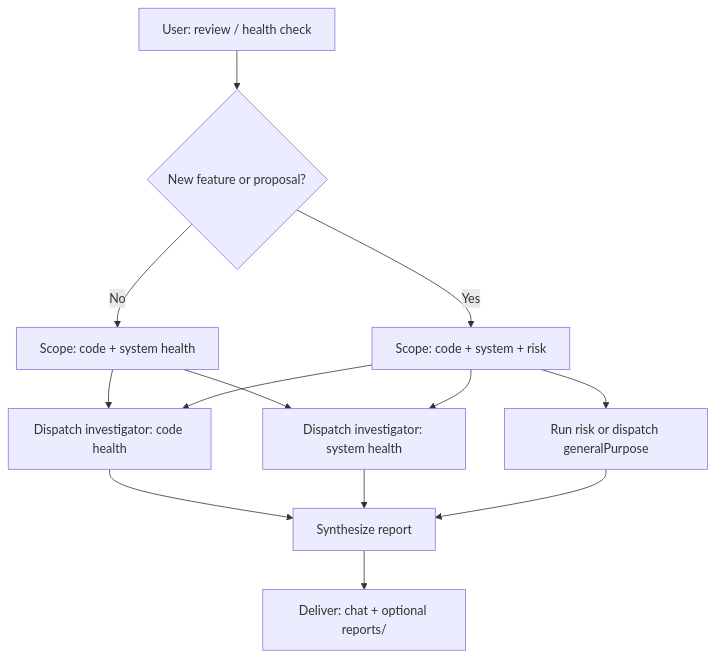
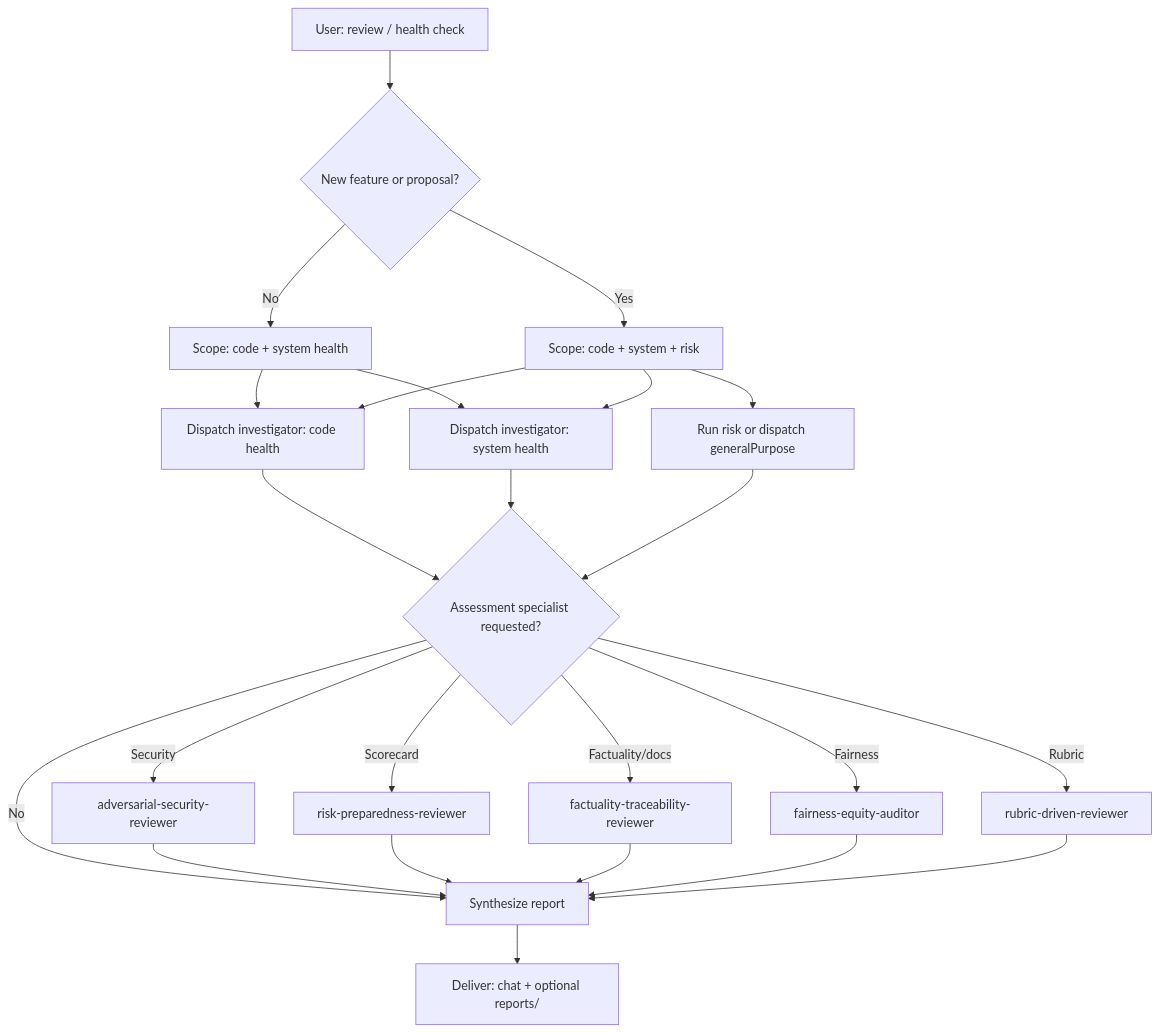
The diagram in .cursor/skills/review/SKILL.md (danalexilewis/Task-Graph), drawn with Mermaid before and after one commit. The commit also changed other lines of this file and 1 other file, not shown here.

````diff
--- a/.cursor/skills/review/SKILL.md
+++ b/.cursor/skills/review/SKILL.md
@@ -45,15 +58,26 @@
 ```mermaid
 flowchart TD
     A[User: review / health check] --> B{New feature or proposal?}
     B -->|No| C[Scope: code + system health]
     B -->|Yes| D[Scope: code + system + risk]
     C --> E[Dispatch investigator: code health]
     C --> F[Dispatch investigator: system health]
     D --> E
     D --> F
     D --> G[Run risk or dispatch generalPurpose]
-    E --> H[Synthesize report]
+    E --> H{Assessment specialist requested?}
     F --> H
     G --> H
-    H --> I[Deliver: chat + optional reports/]
+    H -->|Security| I1[adversarial-security-reviewer]
+    H -->|Scorecard| I2[risk-preparedness-reviewer]
+    H -->|Factuality/docs| I3[factuality-traceability-reviewer]
+    H -->|Fairness| I4[fairness-equity-auditor]
+    H -->|Rubric| I5[rubric-driven-reviewer]
+    H -->|No| J[Synthesize report]
+    I1 --> J
+    I2 --> J
+    I3 --> J
+    I4 --> J
+    I5 --> J
+    J --> K[Deliver: chat + optional reports/]
 ```
````
